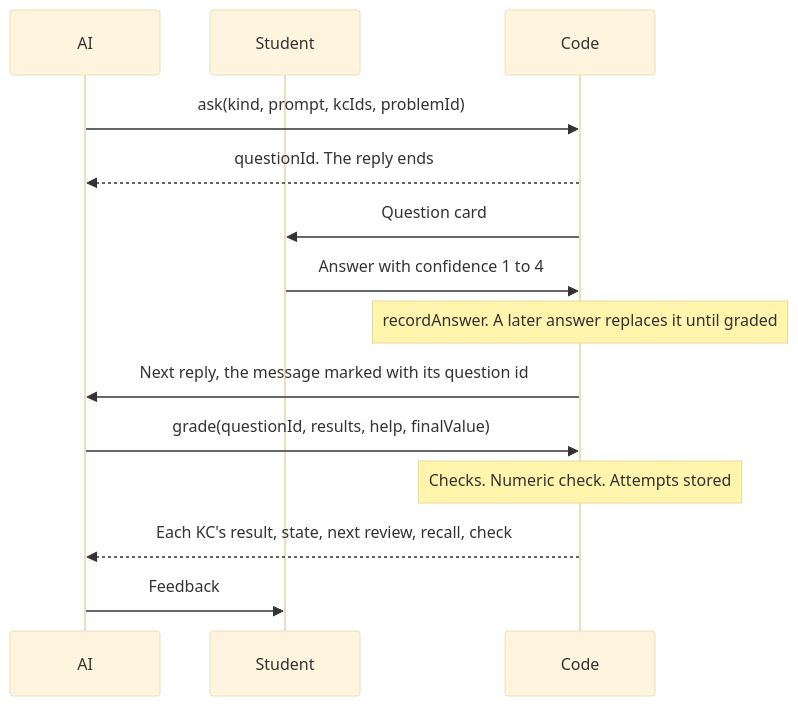
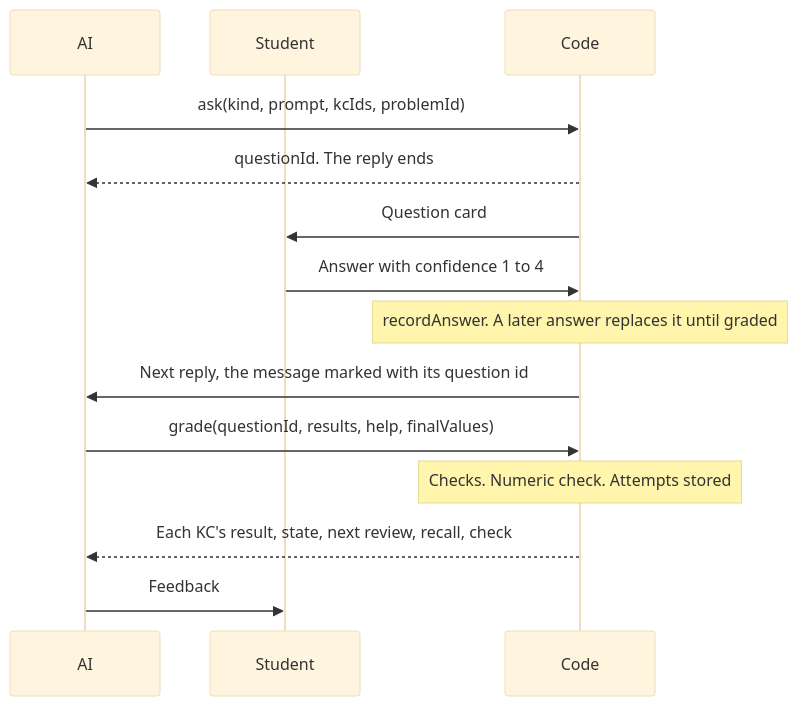
The third of 3 diagrams in docs/features/tutoring.md (69420pm/project-mastery), drawn with Mermaid (base theme) before and after one commit. The commit also changed other lines of this file and 41 other files, not shown here.

````diff
--- a/docs/features/tutoring.md
+++ b/docs/features/tutoring.md
@@ -309,16 +309,16 @@
 ```mermaid
 sequenceDiagram
   participant AI
   participant Student
   participant Code
   AI->>Code: ask(kind, prompt, kcIds, problemId)
   Code-->>AI: questionId. The reply ends
   Code->>Student: Question card
   Student->>Code: Answer with confidence 1 to 4
   Note over Code: recordAnswer. A later answer replaces it until graded
   Code->>AI: Next reply, the message marked with its question id
-  AI->>Code: grade(questionId, results, help, finalValue)
+  AI->>Code: grade(questionId, results, help, finalValues)
   Note over Code: Checks. Numeric check. Attempts stored
   Code-->>AI: Each KC's result, state, next review, recall, check
   AI->>Student: Feedback
 ```
````
